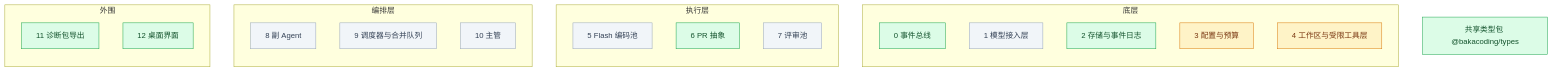
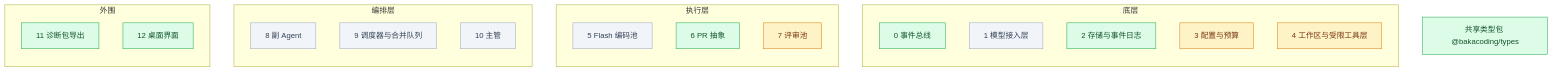
One commit to Akarin7784/BakaCoding changed the diagram in docs/progress.md. Above: the diagram before and after it, drawn with Mermaid. The commit also changed other lines of this file and 10 other files, not shown here.

````diff
--- a/docs/progress.md
+++ b/docs/progress.md
@@ -11,33 +11,33 @@
 ```mermaid
 flowchart BT
   subgraph 底层
     M0[0 事件总线]
     M1[1 模型接入层]
     M2[2 存储与事件日志]
     M3[3 配置与预算]
     M4[4 工作区与受限工具层]
   end
   subgraph 执行层
     M5[5 Flash 编码池]
     M6[6 PR 抽象]
     M7[7 评审池]
   end
   subgraph 编排层
     M8[8 副 Agent]
     M9[9 调度器与合并队列]
     M10[10 主管]
   end
   subgraph 外围
     M11[11 诊断包导出]
     M12[12 桌面界面]
   end
   T[共享类型包 @bakacoding/types]
 
   classDef todo fill:#f1f5f9,stroke:#94a3b8,color:#334155
   classDef doing fill:#fef3c7,stroke:#d97706,color:#78350f
   classDef done fill:#dcfce7,stroke:#16a34a,color:#14532d
 
   class M0,M2,M6,M11,M12,T done
-  class M3,M4 doing
-  class M1,M5,M7,M8,M9,M10 todo
+  class M3,M4,M7 doing
+  class M1,M5,M8,M9,M10 todo
 ```
````
